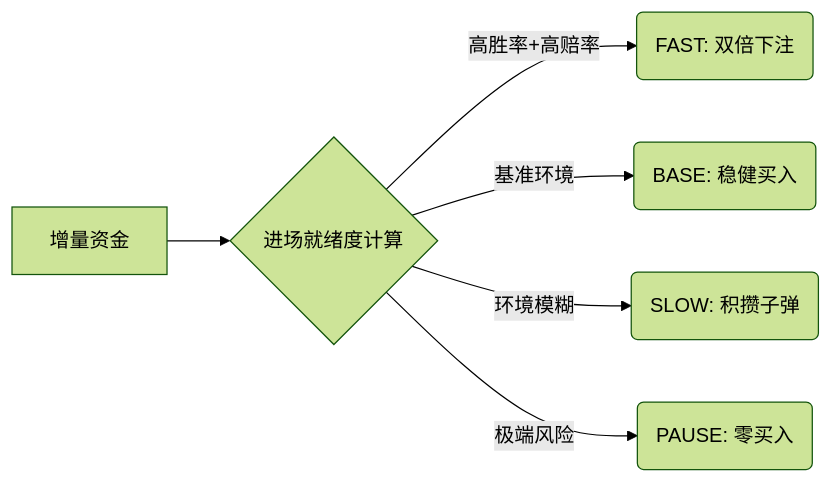
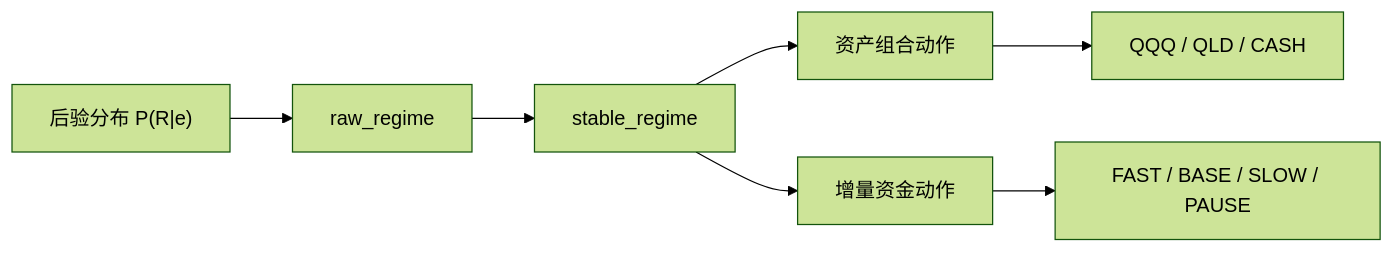
The fourth of 10 diagrams in docs/V11_5_USER_PHILOSOPHY.md (yutaofr/qqq-buyer-monitor), drawn with Mermaid (forest theme) before and after one commit. The commit also changed other lines of this file and 1 other file, not shown here.

````diff
--- a/docs/V11_5_USER_PHILOSOPHY.md
+++ b/docs/V11_5_USER_PHILOSOPHY.md
@@ -196,8 +158,9 @@
 ```mermaid
-graph LR
-    A[增量资金] --> B{进场就绪度计算}
-    B -- 高胜率+高赔率 --> C(FAST: 双倍下注)
-    B -- 基准环境 --> D(BASE: 稳健买入)
-    B -- 环境模糊 --> E(SLOW: 积攒子弹)
-    B -- 极端风险 --> F(PAUSE: 零买入)
+flowchart LR
+    A["后验分布 P(R|e)"] --> B["raw_regime"]
+    B --> C["stable_regime"]
+    C --> D["资产组合动作"]
+    C --> E["增量资金动作"]
+    D --> F["QQQ / QLD / CASH"]
+    E --> G["FAST / BASE / SLOW / PAUSE"]
 ```
````
